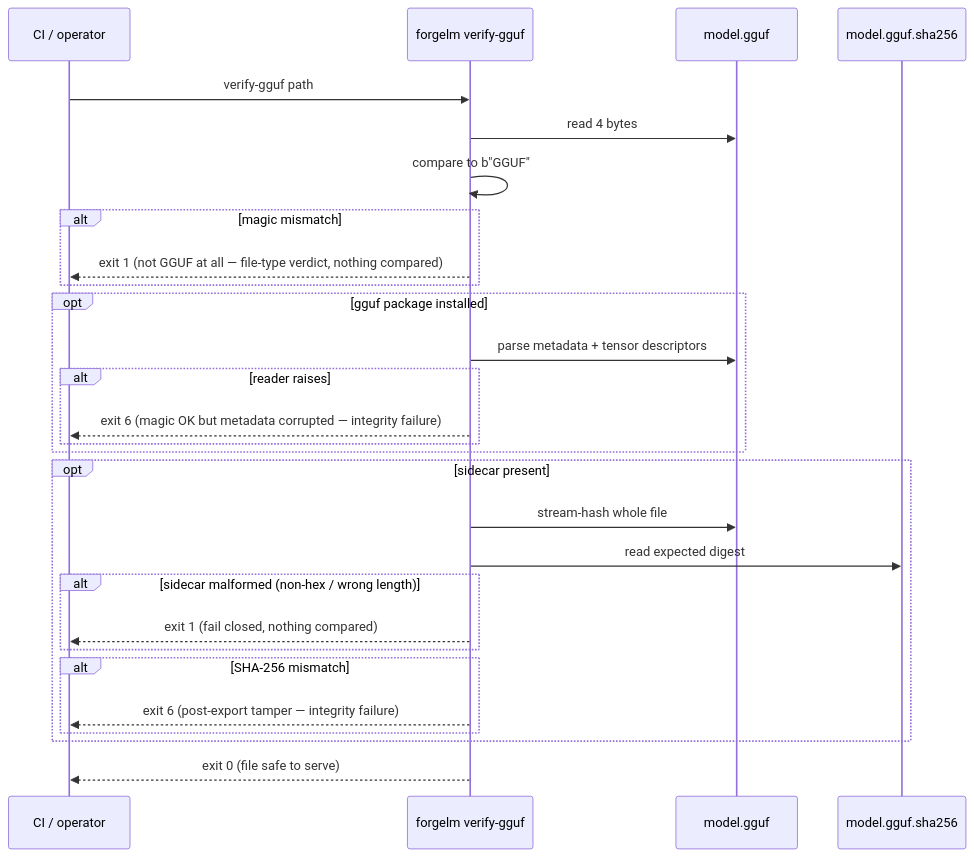
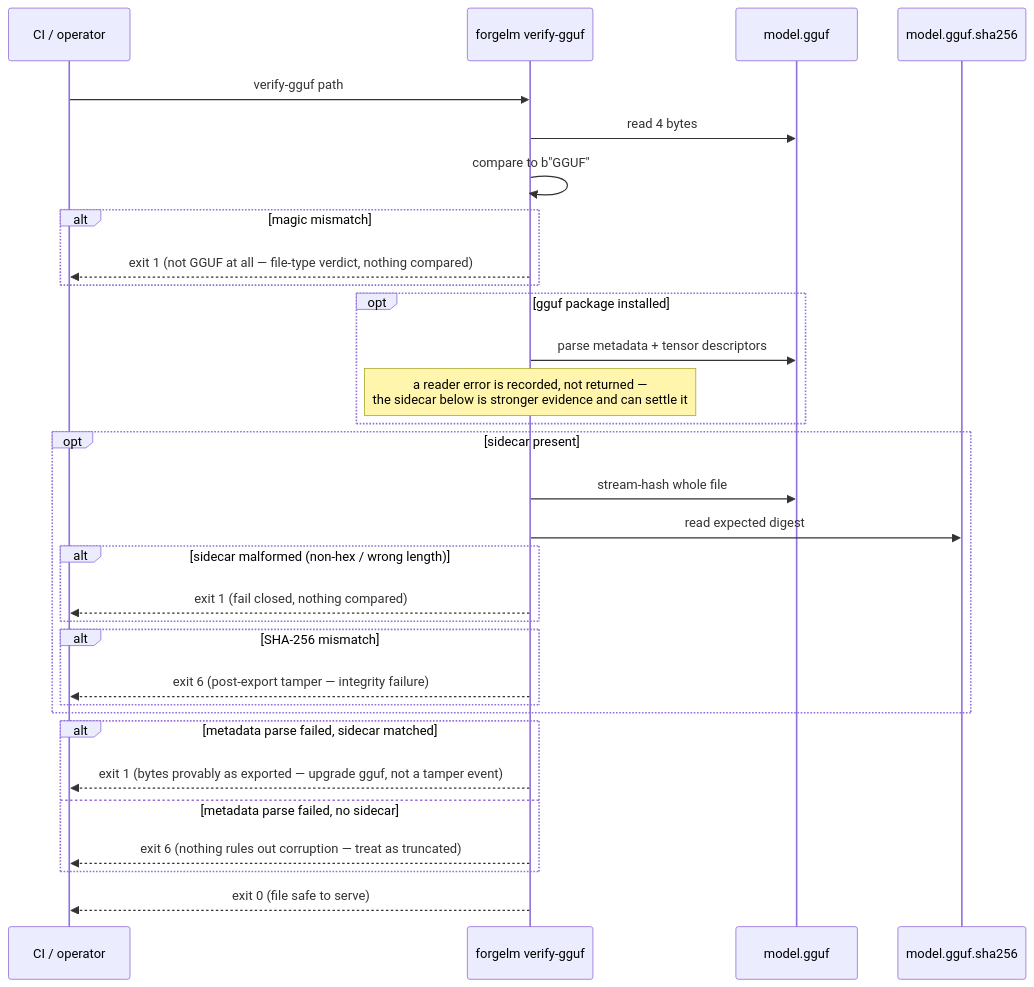
Before and after one commit to HodeTech/ForgeLM: the diagram in docs/usermanuals/en/deployment/verify-gguf.md, drawn with Mermaid. The commit also changed other lines of this file and 34 other files, not shown here.

````diff
--- a/docs/usermanuals/en/deployment/verify-gguf.md
+++ b/docs/usermanuals/en/deployment/verify-gguf.md
@@ -19,31 +19,34 @@
 ```mermaid
 sequenceDiagram
     participant CI as CI / operator
     participant Verify as forgelm verify-gguf
     participant File as model.gguf
     participant Sidecar as model.gguf.sha256
 
     CI->>Verify: verify-gguf path
     Verify->>File: read 4 bytes
     Verify->>Verify: compare to b"GGUF"
     alt magic mismatch
         Verify-->>CI: exit 1 (not GGUF at all — file-type verdict, nothing compared)
     end
     opt gguf package installed
         Verify->>File: parse metadata + tensor descriptors
-        alt reader raises
-            Verify-->>CI: exit 6 (magic OK but metadata corrupted — integrity failure)
-        end
+        Note over Verify: a reader error is recorded, not returned —<br/>the sidecar below is stronger evidence and can settle it
     end
     opt sidecar present
         Verify->>File: stream-hash whole file
         Verify->>Sidecar: read expected digest
         alt sidecar malformed (non-hex / wrong length)
             Verify-->>CI: exit 1 (fail closed, nothing compared)
         end
         alt SHA-256 mismatch
             Verify-->>CI: exit 6 (post-export tamper — integrity failure)
         end
     end
+    alt metadata parse failed, sidecar matched
+        Verify-->>CI: exit 1 (bytes provably as exported — upgrade gguf, not a tamper event)
+    else metadata parse failed, no sidecar
+        Verify-->>CI: exit 6 (nothing rules out corruption — treat as truncated)
+    end
     Verify-->>CI: exit 0 (file safe to serve)
 ```
````
